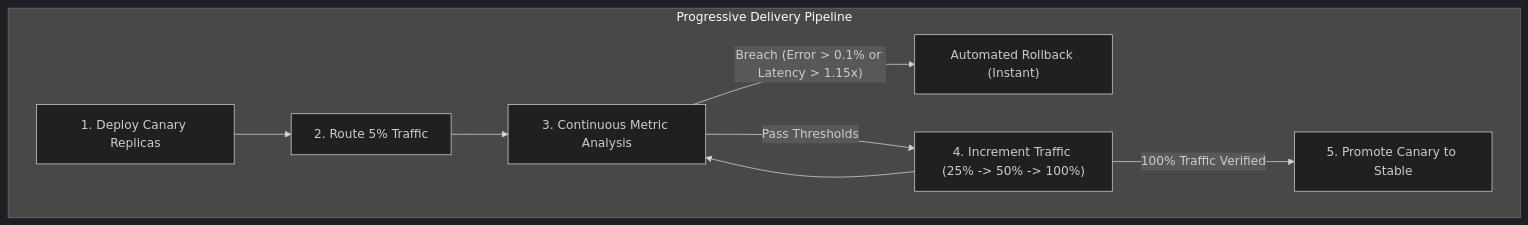
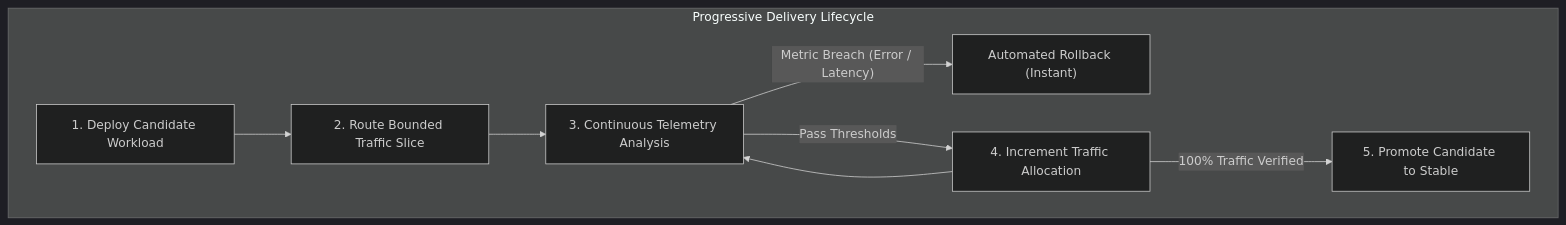
The first of 2 diagrams in standards/detailed/release-engineering/progressive-delivery.md (gttps/engineering-playbook), drawn with Mermaid (dark theme) before and after one commit. The commit also changed other lines of this file and 4 other files, not shown here.

First line of the commit message:
docs(release-eng): address review feedback on architecture and alternatives

````diff
--- a/standards/detailed/release-engineering/progressive-delivery.md
+++ b/standards/detailed/release-engineering/progressive-delivery.md
@@ -19,11 +29,11 @@
 ```mermaid
 flowchart TD
-    subgraph Release ["Progressive Delivery Pipeline"]
-        Deploy["1. Deploy Canary Replicas"] --> Route["2. Route 5% Traffic"]
-        Route --> Analyze["3. Continuous Metric Analysis"]
-        Analyze -->|"Breach (Error > 0.1% or Latency > 1.15x)"| Abort["Automated Rollback (Instant)"]
-        Analyze -->|"Pass Thresholds"| StepUp["4. Increment Traffic (25% -> 50% -> 100%)"]
+    subgraph Release ["Progressive Delivery Lifecycle"]
+        Deploy["1. Deploy Candidate Workload"] --> Route["2. Route Bounded Traffic Slice"]
+        Route --> Analyze["3. Continuous Telemetry Analysis"]
+        Analyze -->|"Metric Breach (Error / Latency)"| Abort["Automated Rollback (Instant)"]
+        Analyze -->|"Pass Thresholds"| StepUp["4. Increment Traffic Allocation"]
         StepUp --> Analyze
-        StepUp -->|"100% Traffic Verified"| Stable["5. Promote Canary to Stable"]
+        StepUp -->|"100% Traffic Verified"| Stable["5. Promote Candidate to Stable"]
     end
 ```
````
